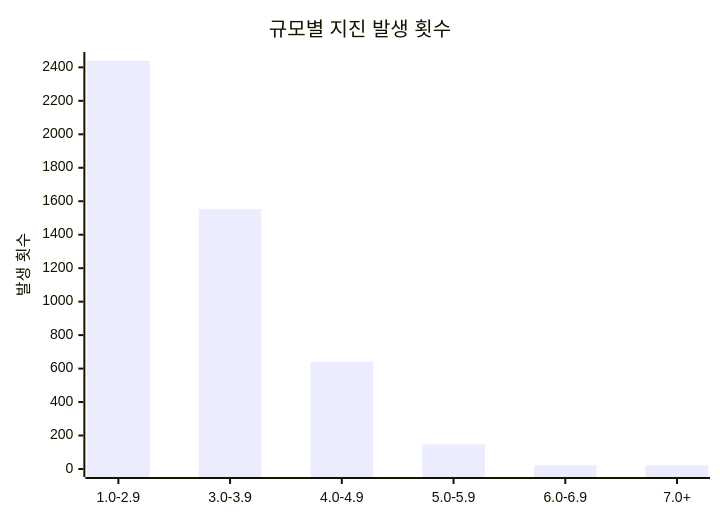
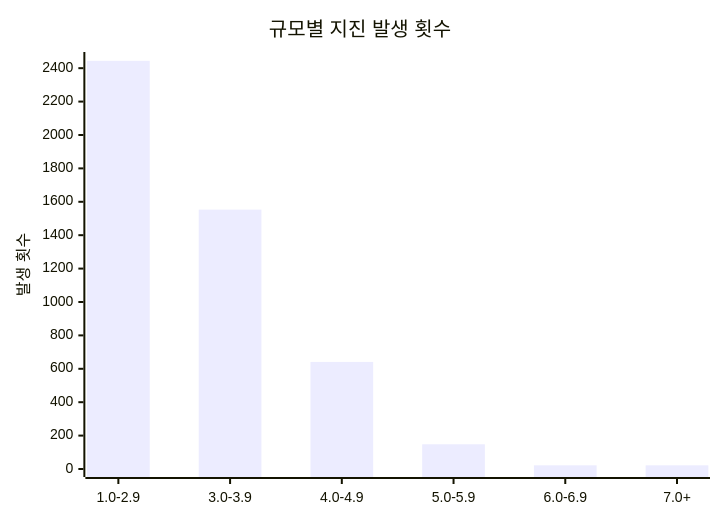
The diagram in charts/magnitude-chart.md (serendip811/japan-eq), drawn with Mermaid before and after one commit. The commit also changed other lines of this file and 5 other files, not shown here.

Commit message:
Update earthquake data and charts Thu Jul 30 09:27:51 UTC 2026

````diff
--- a/charts/magnitude-chart.md
+++ b/charts/magnitude-chart.md
@@ -3,7 +3,7 @@
 ```mermaid
 xychart-beta
     title "규모별 지진 발생 횟수"
     x-axis [1.0-2.9, 3.0-3.9, 4.0-4.9, 5.0-5.9, 6.0-6.9, 7.0+]
-    y-axis "발생 횟수" 0 --> 2444
-    bar [2439, 1553, 641, 148, 22, 22]
+    y-axis "발생 횟수" 0 --> 2449
+    bar [2444, 1553, 641, 148, 22, 22]
 ```
````
